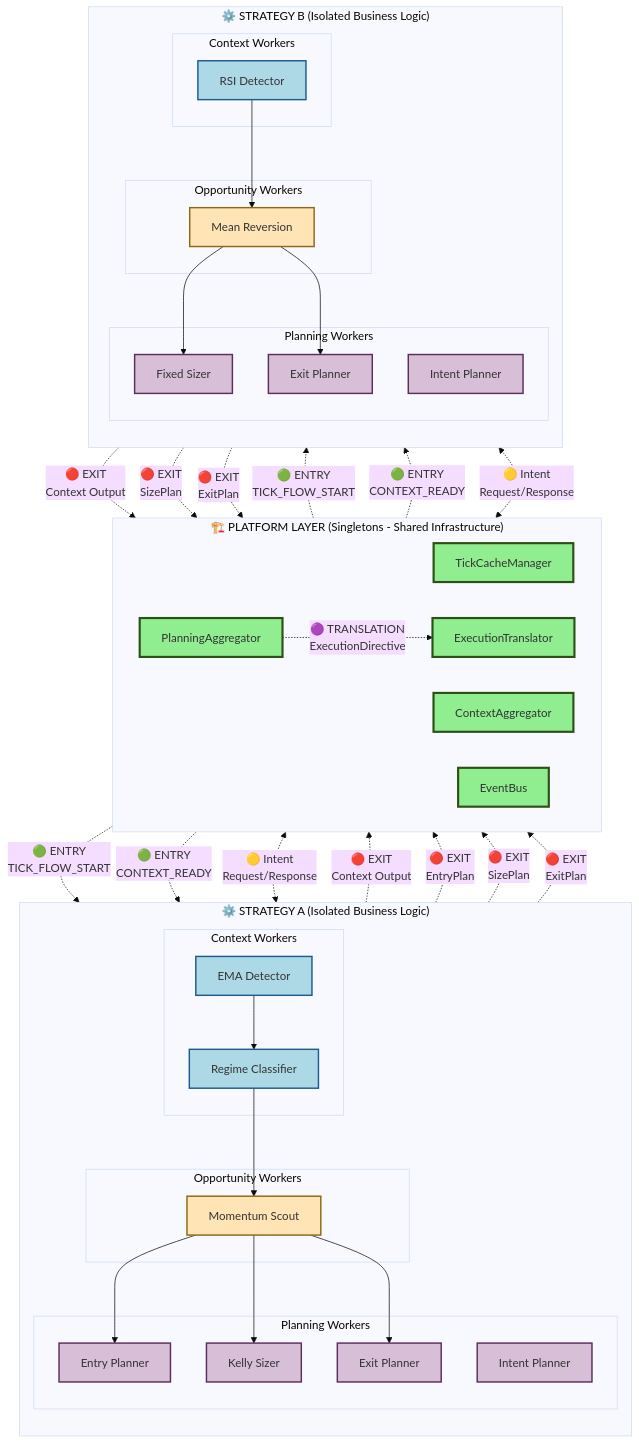
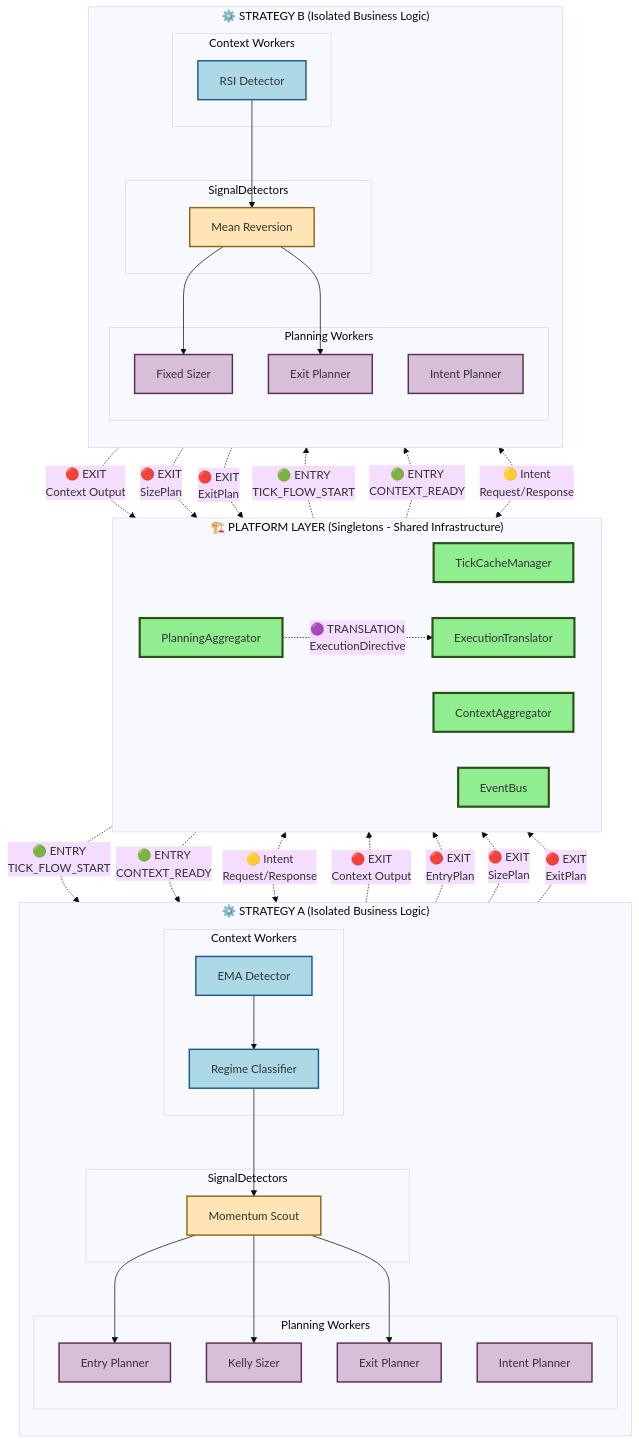
One commit to MikeyVK/S1mpleTraderV3 changed the second of 5 diagrams in docs/development/PLATFORM_VS_STRATEGY_WIRING.md. Above: the diagram before and after it, drawn with Mermaid (base theme). The commit also changed other lines of this file and 17 other files, not shown here.

```diff
--- a/docs/development/PLATFORM_VS_STRATEGY_WIRING.md
+++ b/docs/development/PLATFORM_VS_STRATEGY_WIRING.md
@@ -364,7 +364,7 @@
             A_CW1 --> A_CW2
         end
         
-        subgraph A_Opp["Opportunity Workers"]
+        subgraph A_Opp["SignalDetectors"]
             A_OW[Momentum Scout]
         end
         
@@ -396,7 +396,7 @@
             B_CW1[RSI Detector]
         end
         
-        subgraph B_Opp["Opportunity Workers"]
+        subgraph B_Opp["SignalDetectors"]
             B_OW[Mean Reversion]
         end
         
```
